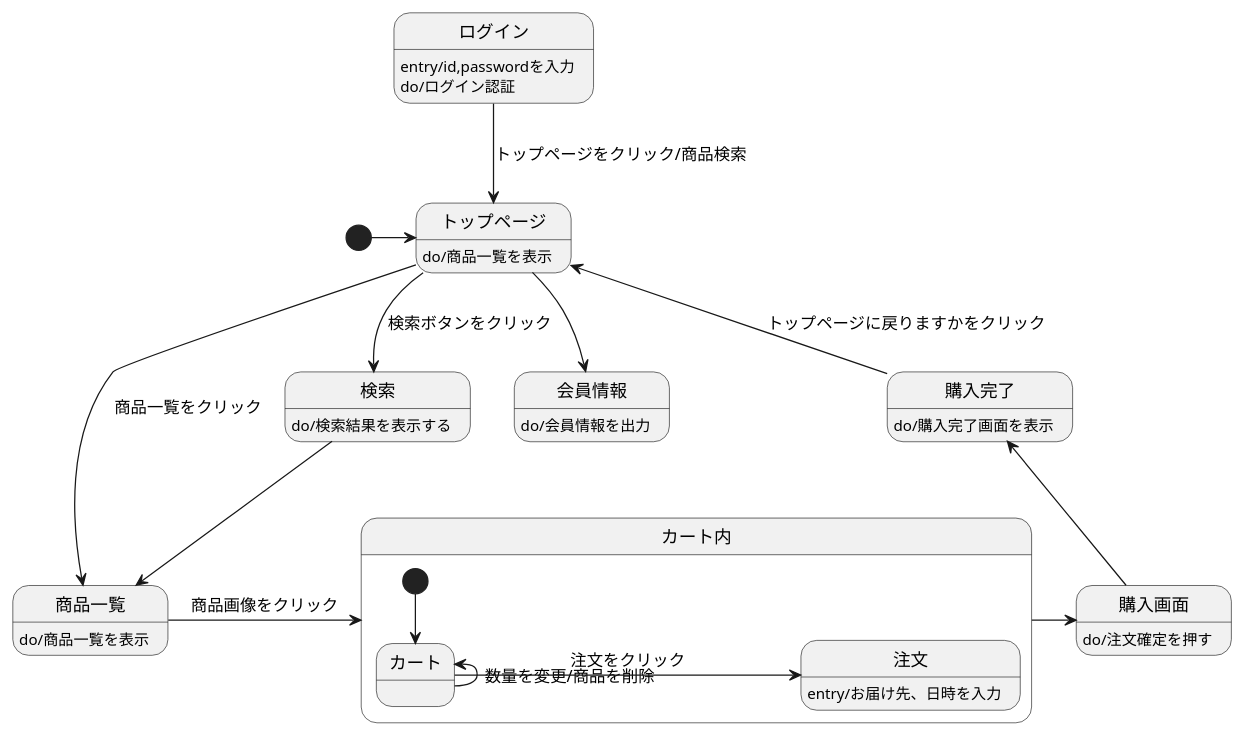
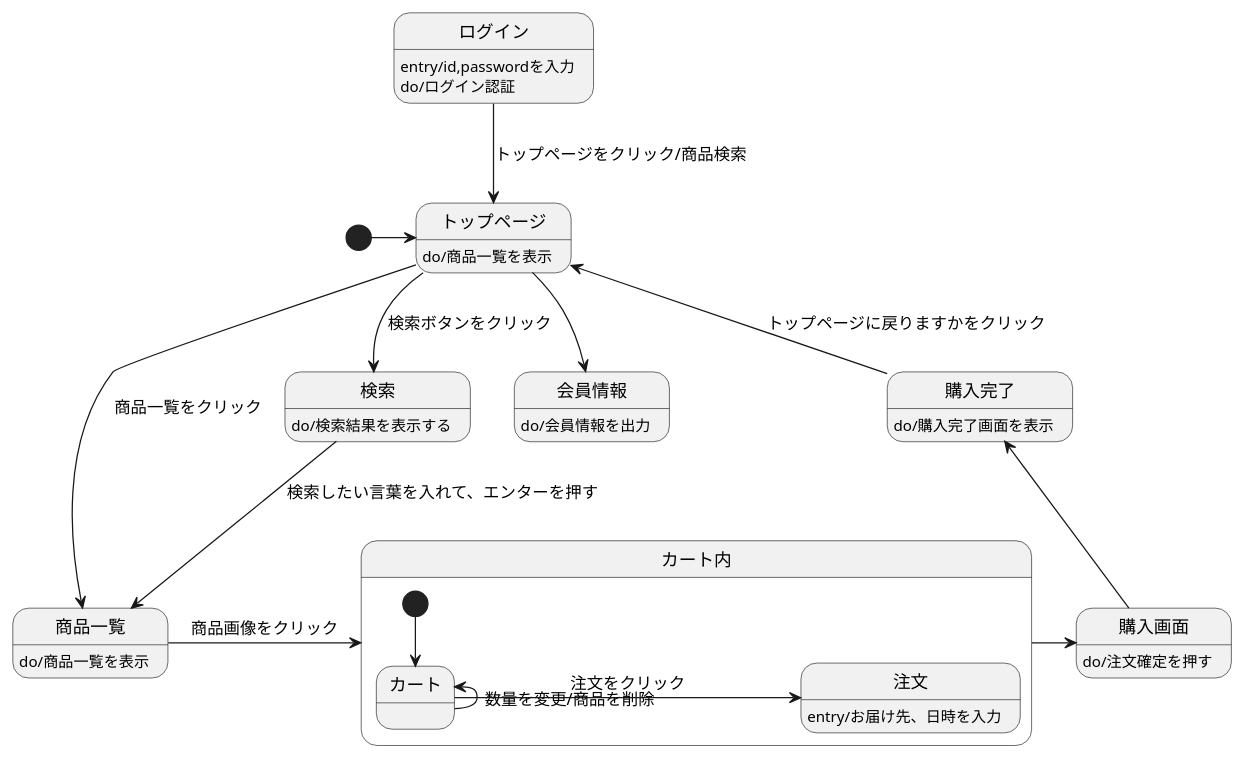
The diagram in 画面遷移図(original).md (Aso2001224/2021sys-design), drawn with PlantUML before and after one commit.

````diff
--- a/画面遷移図(original).md
+++ b/画面遷移図(original).md
@@ -1,27 +1,27 @@
 ```uml
 @startuml
 [*]->トップページ
 トップページ:do/商品一覧を表示
 ログイン-->トップページ:トップページをクリック/商品検索
 ログイン:entry/id,passwordを入力
 ログイン:do/ログイン認証
 トップページ-->会員情報
 会員情報:do/会員情報を出力
 トップページ-->検索 :検索ボタンをクリック
 検索:do/検索結果を表示する
 トップページ-->商品一覧 :商品一覧をクリック
-検索-->商品一覧
+検索-->商品一覧: 検索したい言葉を入れて、エンターを押す
 商品一覧:do/商品一覧を表示
 商品一覧-right->カート内: 商品画像をクリック
 カート内-right-> 購入画面
 購入画面:do/注文確定を押す
 購入画面-up->購入完了
 購入完了:do/購入完了画面を表示
 購入完了-up->トップページ: トップページに戻りますかをクリック
 state カート内{
 [*]--> カート
 カート-up->カート: 数量を変更/商品を削除
 カート-right-> 注文: 注文をクリック
 注文:entry/お届け先、日時を入力
 @enduml
 ```
````
